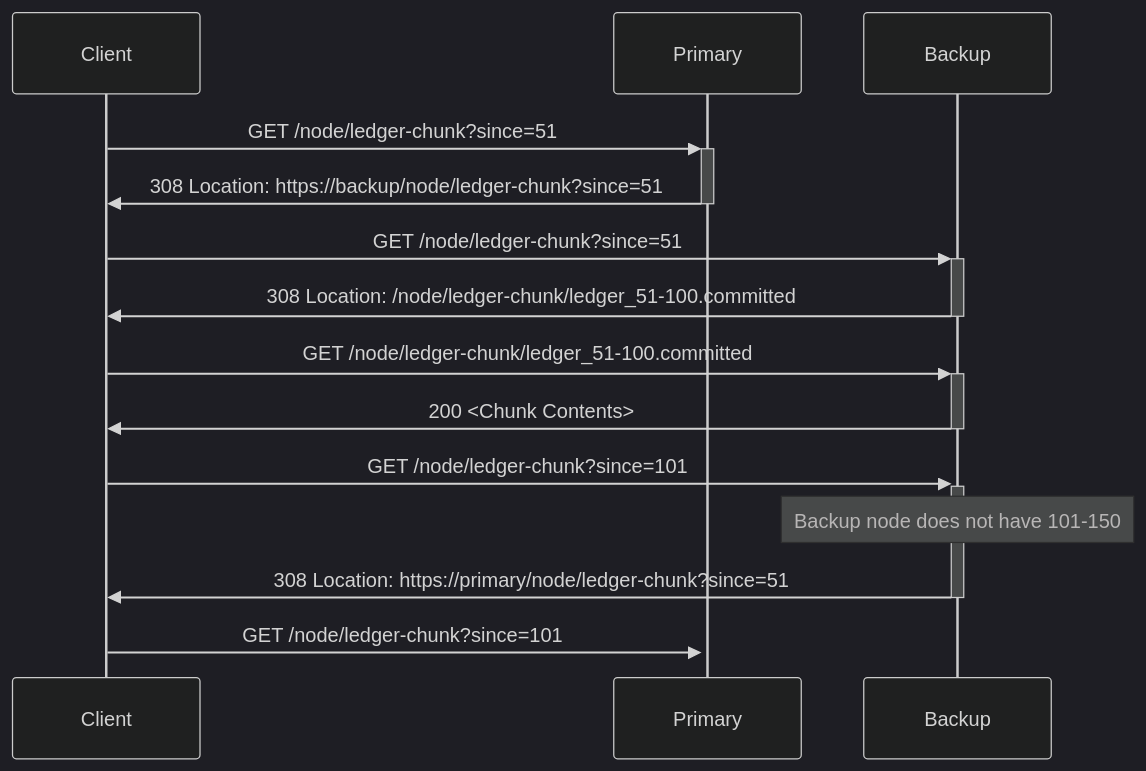
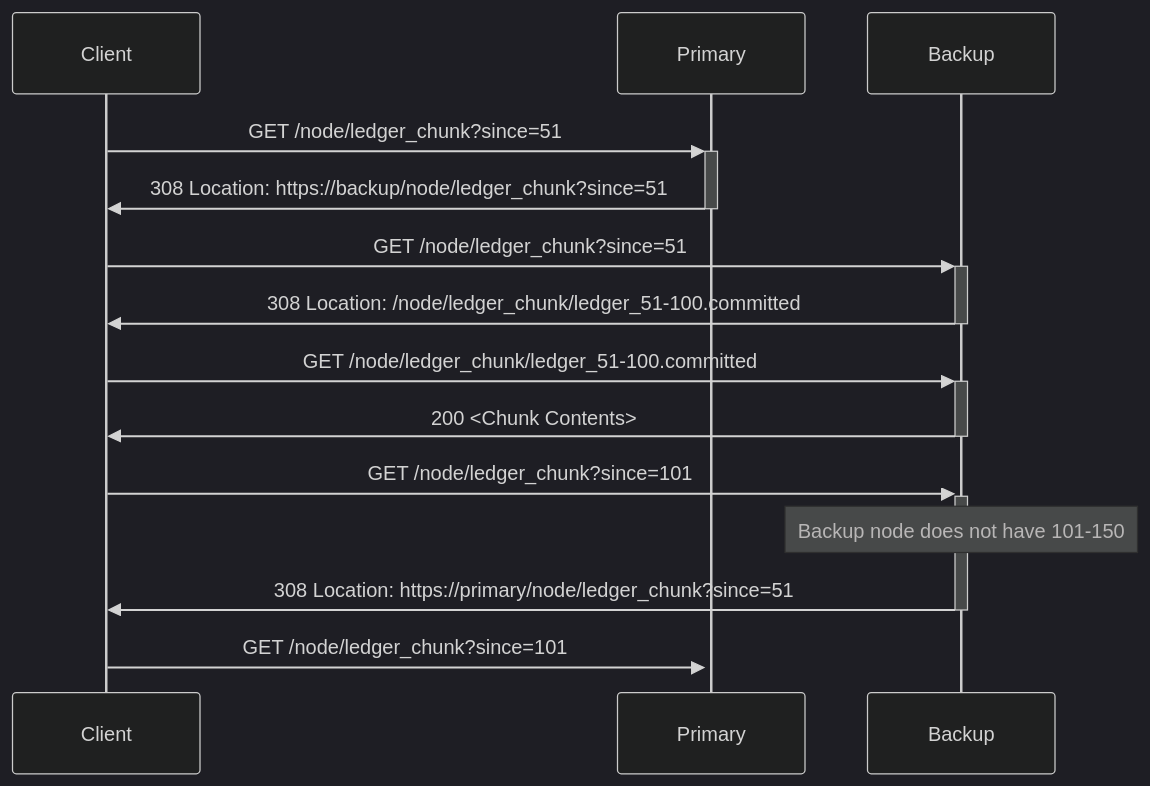
The second of 5 diagrams in doc/operations/ledger_snapshot.rst (microsoft/CCF), drawn with Mermaid (dark theme) before and after one commit. The commit also changed other lines of this file and 4 other files, not shown here.

Commit message:
Rename /node/ledger-chunk to /node/ledger_chunk for consistency

```diff
--- a/doc/operations/ledger_snapshot.rst
+++ b/doc/operations/ledger_snapshot.rst
@@ -95,13 +95,13 @@
 .. mermaid::
 
     sequenceDiagram
-        Client->>+Primary: GET /node/ledger-chunk?since=51
-        Primary->>-Client: 308 Location: https://backup/node/ledger-chunk?since=51
-        Client->>+Backup: GET /node/ledger-chunk?since=51
-        Backup->>-Client: 308 Location: /node/ledger-chunk/ledger_51-100.committed
-        Client->>+Backup: GET /node/ledger-chunk/ledger_51-100.committed
+        Client->>+Primary: GET /node/ledger_chunk?since=51
+        Primary->>-Client: 308 Location: https://backup/node/ledger_chunk?since=51
+        Client->>+Backup: GET /node/ledger_chunk?since=51
+        Backup->>-Client: 308 Location: /node/ledger_chunk/ledger_51-100.committed
+        Client->>+Backup: GET /node/ledger_chunk/ledger_51-100.committed
         Backup->>-Client: 200 <Chunk Contents>
-        Client->>+Backup: GET /node/ledger-chunk?since=101
+        Client->>+Backup: GET /node/ledger_chunk?since=101
         Note over Backup: Backup node does not have 101-150
-        Backup->>-Client: 308 Location: https://primary/node/ledger-chunk?since=51
-        Client->>+Primary: GET /node/ledger-chunk?since=101
+        Backup->>-Client: 308 Location: https://primary/node/ledger_chunk?since=51
+        Client->>+Primary: GET /node/ledger_chunk?since=101
```
